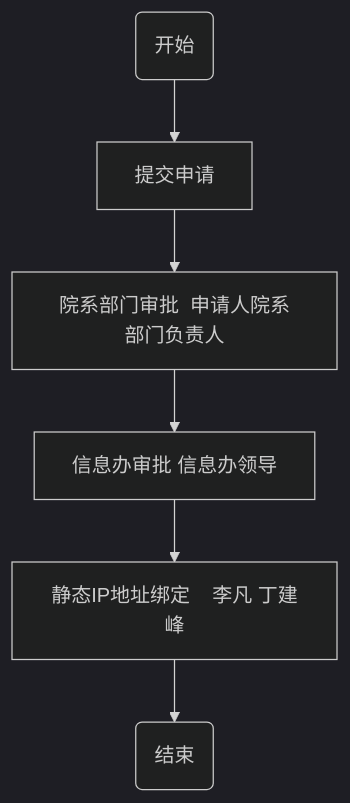
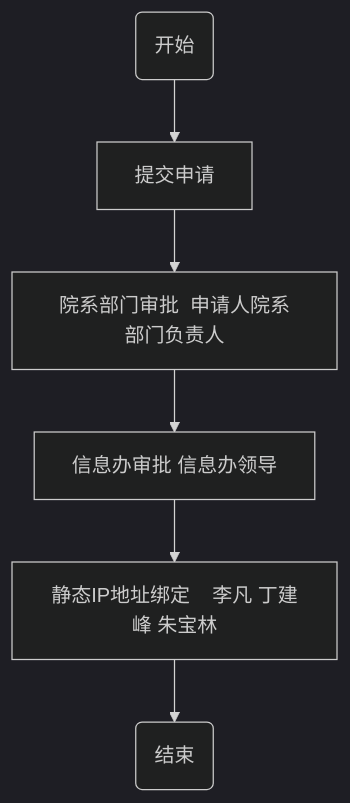
One commit to edsiongithub/hexo_source changed the third of 4 diagrams in source/drafts/信息资产申请.md. Above: the diagram before and after it, drawn with Mermaid (dark theme). The commit also changed other lines of this file and 13 other files, not shown here.

````diff
--- a/source/drafts/信息资产申请.md
+++ b/source/drafts/信息资产申请.md
@@ -52,9 +39,9 @@
 ```mermaid
 graph TB
 A(开始)-->
 B[提交申请]-->
 C[院系部门审批  申请人院系部门负责人] -->
 D[信息办审批  信息办领导] -->
-E[静态IP地址绑定    李凡 丁建峰]--> 
+E[静态IP地址绑定    李凡 丁建峰 朱宝林]--> 
 K(结束)
 ```
````
